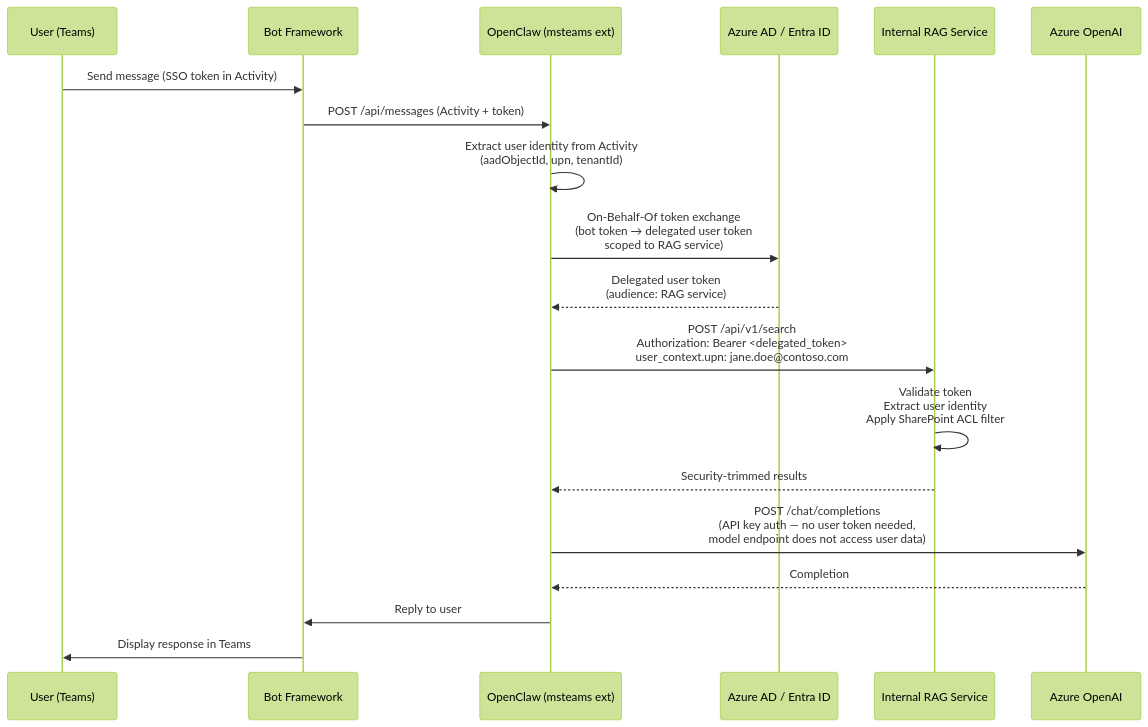
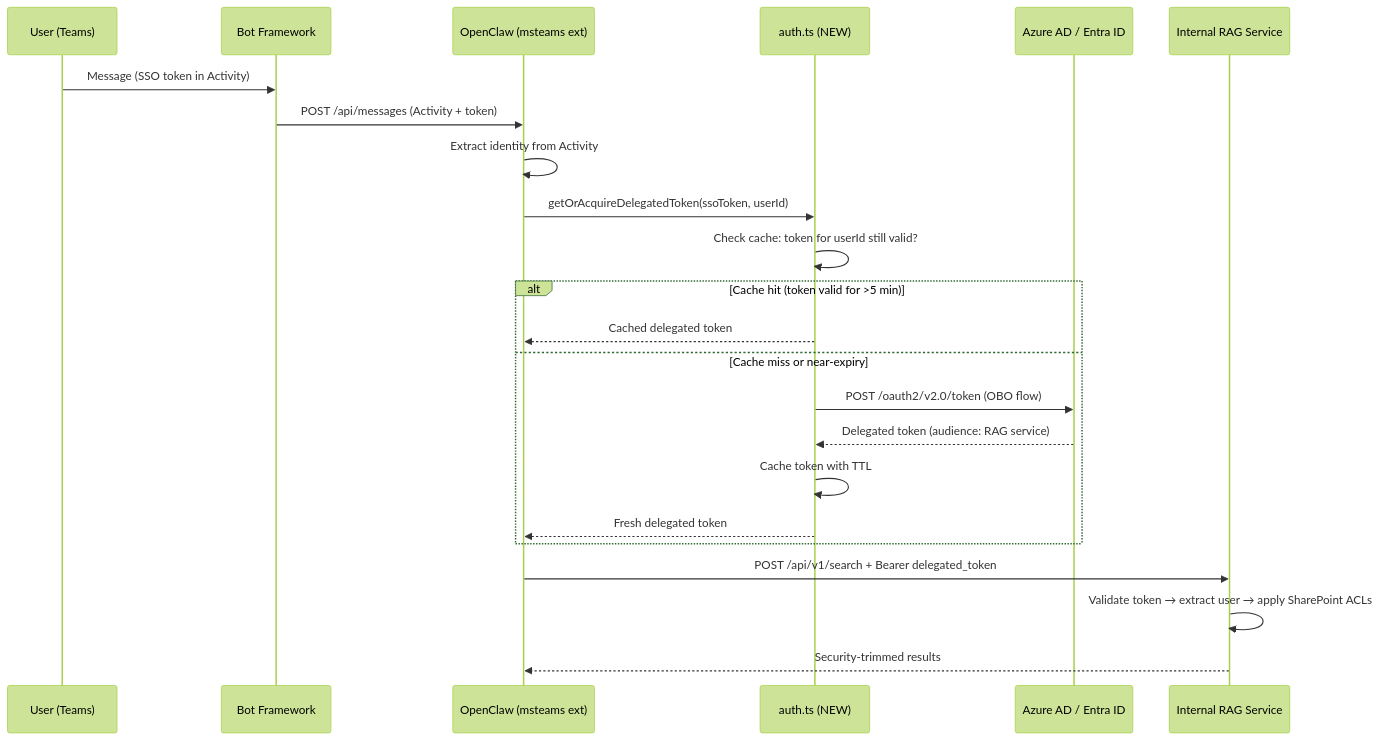
The diagram in docs/04-identity-and-privilege-mirroring.md (jonnytacos8/closed_claw), drawn with Mermaid (forest theme) before and after one commit. The commit also changed other lines of this file and 12 other files, not shown here.

````diff
--- a/docs/04-identity-and-privilege-mirroring.md
+++ b/docs/04-identity-and-privilege-mirroring.md
@@ -9,22 +11,26 @@
 ```mermaid
 sequenceDiagram
     participant U as User (Teams)
     participant BF as Bot Framework
     participant OC as OpenClaw (msteams ext)
+    participant AUTH as auth.ts (NEW)
     participant AAD as Azure AD / Entra ID
     participant RAG as Internal RAG Service
-    participant AZ as Azure OpenAI
 
-    U->>BF: Send message (SSO token in Activity)
+    U->>BF: Message (SSO token in Activity)
     BF->>OC: POST /api/messages (Activity + token)
-    OC->>OC: Extract user identity from Activity<br/>(aadObjectId, upn, tenantId)
-    OC->>AAD: On-Behalf-Of token exchange<br/>(bot token → delegated user token<br/>scoped to RAG service)
-    AAD-->>OC: Delegated user token<br/>(audience: RAG service)
-    OC->>RAG: POST /api/v1/search<br/>Authorization: Bearer <delegated_token><br/>user_context.upn: jane.doe@contoso.com
-    RAG->>RAG: Validate token<br/>Extract user identity<br/>Apply SharePoint ACL filter
+    OC->>OC: Extract identity from Activity
+    OC->>AUTH: getOrAcquireDelegatedToken(ssoToken, userId)
+    AUTH->>AUTH: Check cache: token for userId still valid?
+    alt Cache hit (token valid for >5 min)
+        AUTH-->>OC: Cached delegated token
+    else Cache miss or near-expiry
+        AUTH->>AAD: POST /oauth2/v2.0/token (OBO flow)
+        AAD-->>AUTH: Delegated token (audience: RAG service)
+        AUTH->>AUTH: Cache token with TTL
+        AUTH-->>OC: Fresh delegated token
+    end
+    OC->>RAG: POST /api/v1/search + Bearer delegated_token
+    RAG->>RAG: Validate token → extract user → apply SharePoint ACLs
     RAG-->>OC: Security-trimmed results
-    OC->>AZ: POST /chat/completions<br/>(API key auth — no user token needed,<br/>model endpoint does not access user data)
-    AZ-->>OC: Completion
-    OC->>BF: Reply to user
-    BF->>U: Display response in Teams
 ```
````
